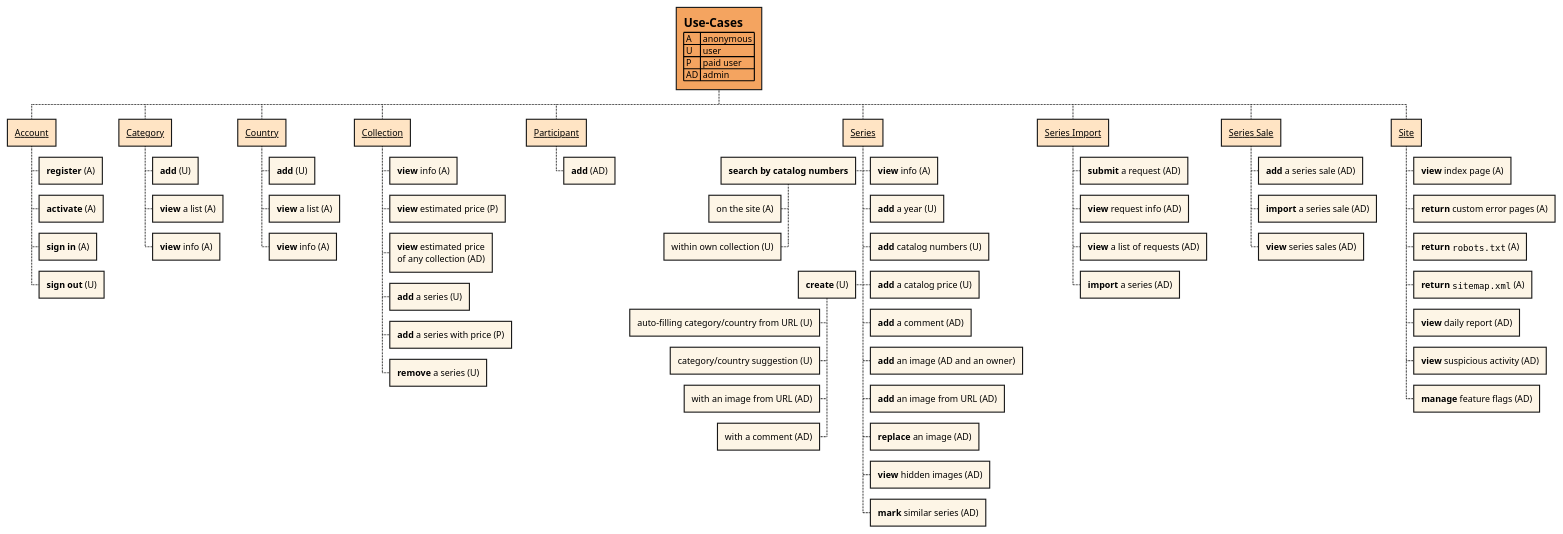
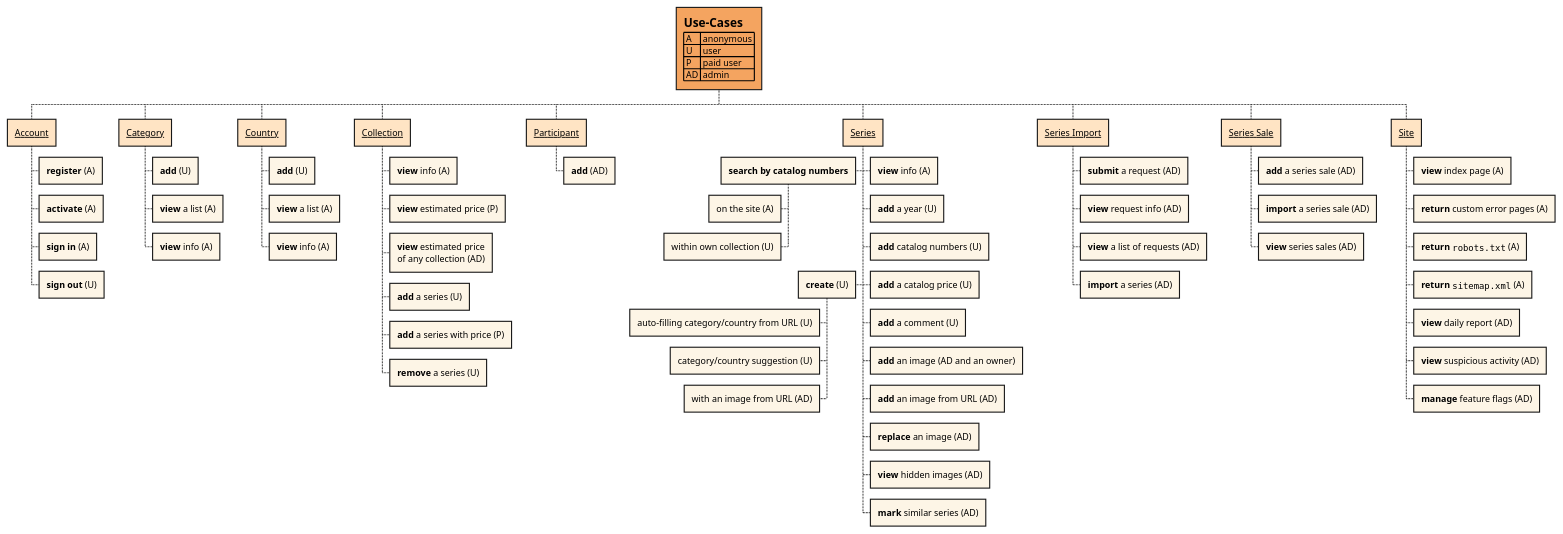
One commit to php-coder/mystamps changed the diagram in docs/diagrams/all-use-cases.puml. Above: the diagram before and after it, drawn with PlantUML. The commit also changed 27 other files, not shown here.

```diff
--- a/docs/diagrams/all-use-cases.puml
+++ b/docs/diagrams/all-use-cases.puml
@@ -1,99 +1,98 @@
 @startwbs all-use-cases.png
 ' See for details:
 ' - https://plantuml.com/en/wbs-diagram
 ' - https://plantuml.com/en/color
 ' - https://plantuml.com/en/creole
 
 <style>
 	wbsDiagram {
 		arrow {
 			LineStyle 1
 		}
 		' highlight root
 		rootNode {
 			BackgroundColor SandyBrown
 		}
 		' highlight domains
 		:depth(1) {
 			BackgroundColor Bisque
 		}
 		' highlight cases
 		:depth(2) {
 			BackgroundColor OldLace
 		}
 		:depth(3) {
 			BackgroundColor OldLace
 		}
 	}
 </style>
 
 * = Use-Cases\n| A | anonymous |\n| U | user |\n| P | paid user |\n| AD | admin |
 
 ** __Account__
 *** **register** (A)
 *** **activate** (A)
 *** **sign in** (A)
 *** **sign out** (U)
 
 ** __Category__
 *** **add** (U)
 *** **view** a list (A)
 *** **view** info (A)
 
 ** __Country__
 *** **add** (U)
 *** **view** a list (A)
 *** **view** info (A)
 
 ** __Collection__
 *** **view** info (A)
 *** **view** estimated price (P)
 *** **view** estimated price\nof any collection (AD)
 *** **add** a series (U)
 *** **add** a series with price (P)
 *** **remove** a series (U)
 
 ** __Participant__
 *** **add** (AD)
 
 ** __Series__
 *** **view** info (A)
 --- **search by catalog numbers**
 ---- on the site (A)
 ---- within own collection (U)
 --- **create** (U)
 ---- auto-filling category/country from URL (U)
 ---- category/country suggestion (U)
 ---- with an image from URL (AD)
----- with a comment (AD)
 *** **add** a year (U)
 *** **add** catalog numbers (U)
 *** **add** a catalog price (U)
-*** **add** a comment (AD)
+*** **add** a comment (U)
 *** **add** an image (AD and an owner)
 *** **add** an image from URL (AD)
 *** **replace** an image (AD)
 *** **view** hidden images (AD)
 *** **mark** similar series (AD)
 
 ** __Series Import__
 *** **submit** a request (AD)
 *** **view** request info (AD)
 *** **view** a list of requests (AD)
 *** **import** a series (AD)
 
 ** __Series Sale__
 *** **add** a series sale (AD)
 *** **import** a series sale (AD)
 *** **view** series sales (AD)
 
 ** __Site__
 *** **view** index page (A)
 *** **return** custom error pages (A)
 *** **return** ""robots.txt"" (A)
 *** **return** ""sitemap.xml"" (A)
 *** **view** daily report (AD)
 *** **view** suspicious activity (AD)
 *** **manage** feature flags (AD)
 
 @endwbs
```
